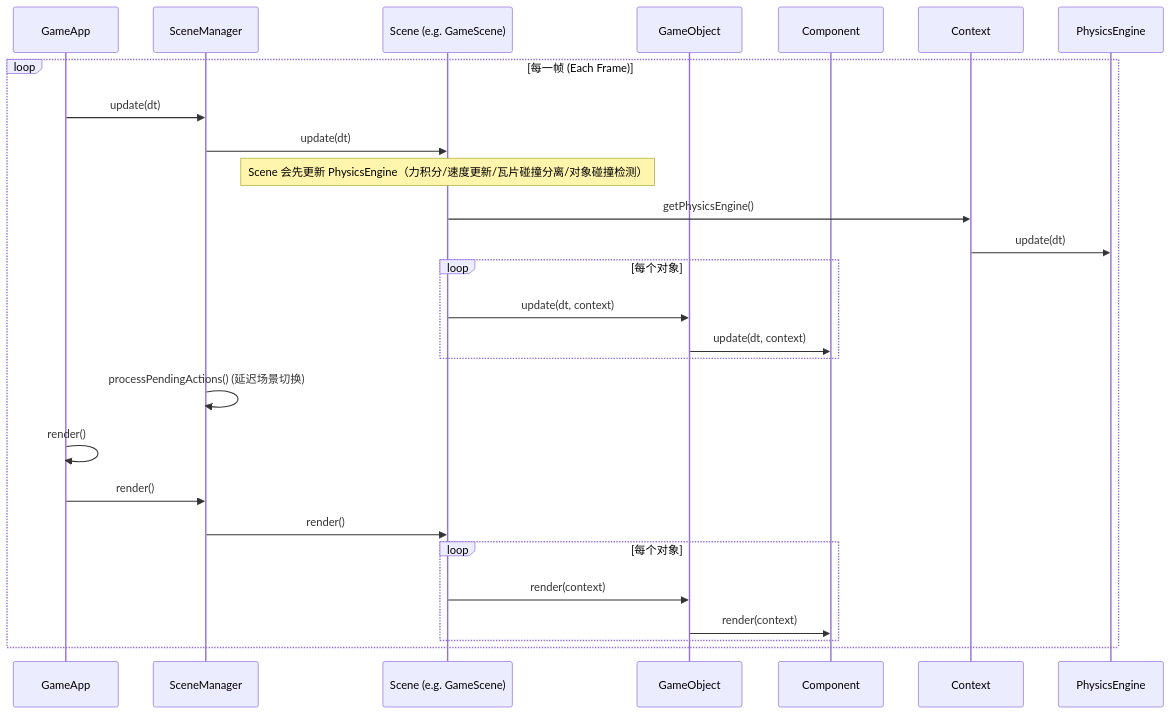
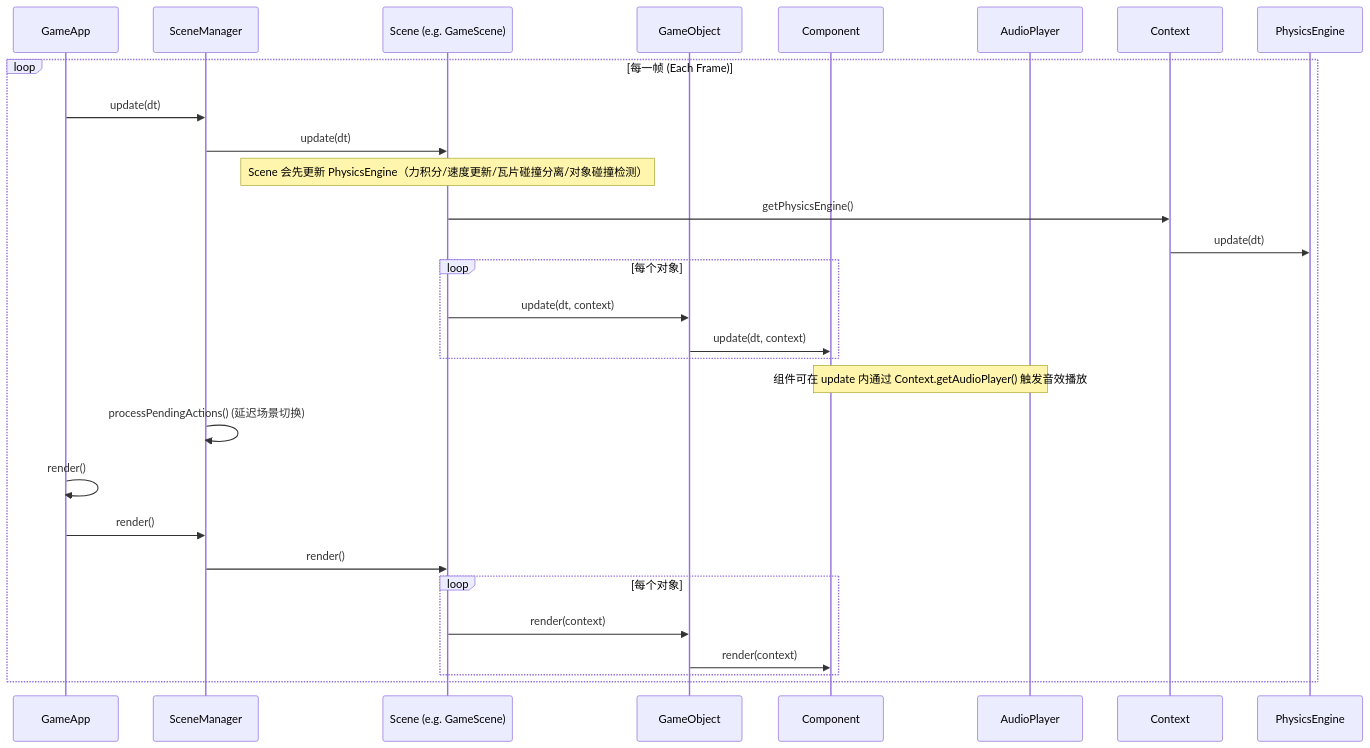
One commit to hezhangtdzs/SunnyLand changed the second of 2 diagrams in docs/PROJECT_STRUCTURE.md. Above: the diagram before and after it, drawn with Mermaid. The commit also changed other lines of this file and 23 other files, not shown here.

````diff
--- a/docs/PROJECT_STRUCTURE.md
+++ b/docs/PROJECT_STRUCTURE.md
@@ -361,29 +415,31 @@
 ```mermaid
 sequenceDiagram
     participant App as GameApp
     participant SM as SceneManager
     participant Scene as Scene (e.g. GameScene)
     participant GO as GameObject
     participant Comp as Component
+    participant AP as AudioPlayer
 
     loop 每一帧 (Each Frame)
         App->>SM: update(dt)
         SM->>Scene: update(dt)
         Note over Scene: Scene 会先更新 PhysicsEngine（力积分/速度更新/瓦片碰撞分离/对象碰撞检测）
         Scene->>Context: getPhysicsEngine()
         Context->>PhysicsEngine: update(dt)
         loop 每个对象
             Scene->>GO: update(dt, context)
             GO->>Comp: update(dt, context)
         end
+        Note over Comp,AP: 组件可在 update 内通过 Context.getAudioPlayer() 触发音效播放
         SM->>SM: processPendingActions() (延迟场景切换)
 
         App->>App: render()
         App->>SM: render()
         SM->>Scene: render()
         loop 每个对象
             Scene->>GO: render(context)
             GO->>Comp: render(context)
         end
     end
 ```
````
